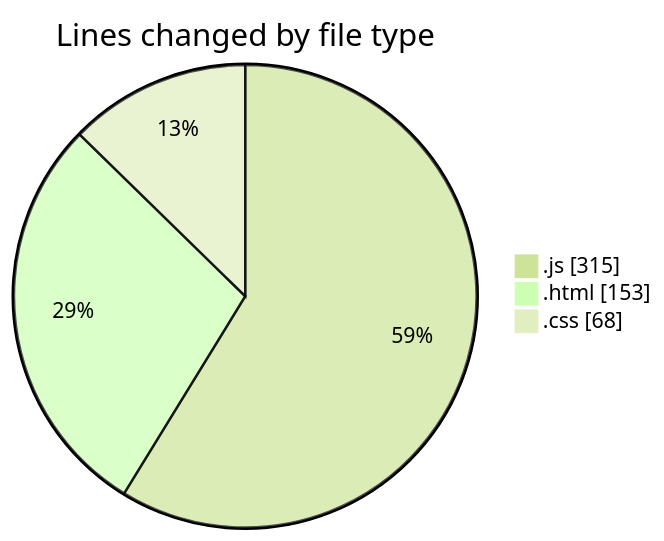
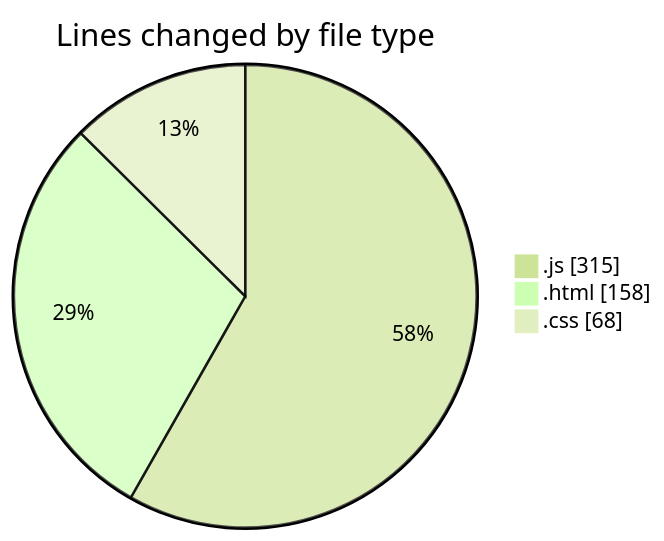
One commit to Ritupan-Deka/code-tracking changed the first of 2 diagrams in 2025-01-24/projects/README.md. Above: the diagram before and after it, drawn with Mermaid (forest theme). The commit also changed other lines of this file and 1 other file, not shown here.

````diff
--- a/2025-01-24/projects/README.md
+++ b/2025-01-24/projects/README.md
@@ -29,7 +29,7 @@
 ```mermaid
 pie showData
 title Lines changed by file type
 ".js" : 315
-".html" : 153
+".html" : 158
 ".css" : 68
 ```
````
